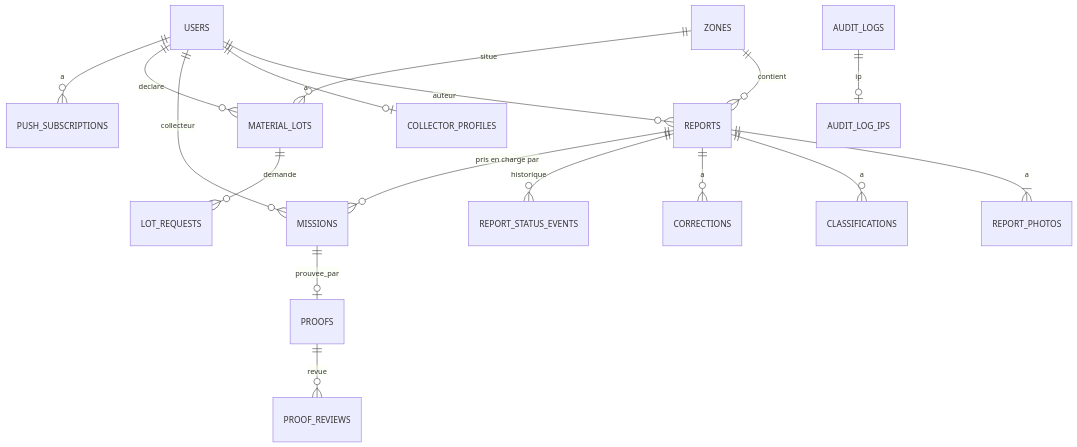
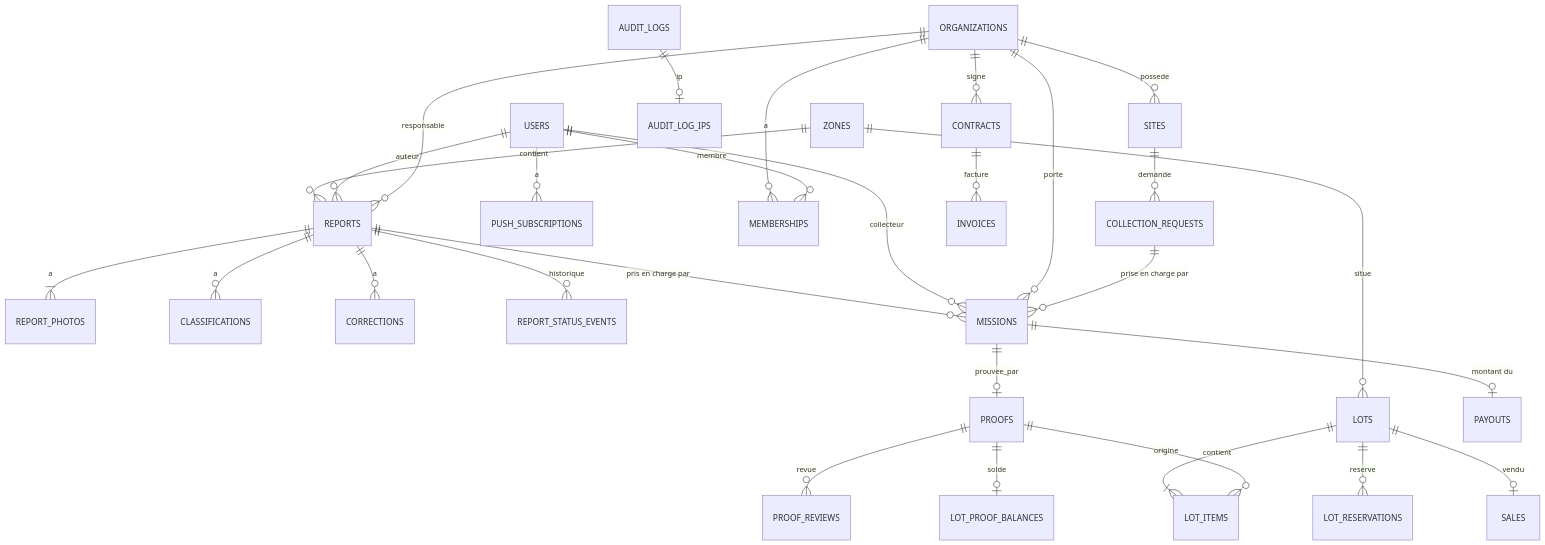
One commit to Maryam-SY/terangacycle-ai changed the fifth of 5 diagrams in _bmad-output/planning-artifacts/architecture/architecture-TerangaCycleAI-2026-11-23/ARCHITECTURE-SPINE.md. Above: the diagram before and after it, drawn with Mermaid. The commit also changed other lines of this file and 6 other files, not shown here.

````diff
--- a/_bmad-output/planning-artifacts/architecture/architecture-TerangaCycleAI-2026-11-23/ARCHITECTURE-SPINE.md
+++ b/_bmad-output/planning-artifacts/architecture/architecture-TerangaCycleAI-2026-11-23/ARCHITECTURE-SPINE.md
@@ -574,19 +691,31 @@
 ```mermaid
 erDiagram
   ZONES ||--o{ REPORTS : contient
   USERS ||--o{ REPORTS : auteur
   REPORTS ||--|{ REPORT_PHOTOS : a
   REPORTS ||--o{ CLASSIFICATIONS : a
   REPORTS ||--o{ CORRECTIONS : a
   REPORTS ||--o{ REPORT_STATUS_EVENTS : historique
   REPORTS ||--o{ MISSIONS : "pris en charge par"
-  USERS ||--o| COLLECTOR_PROFILES : a
   USERS ||--o{ MISSIONS : collecteur
   MISSIONS ||--o| PROOFS : prouvee_par
   PROOFS ||--o{ PROOF_REVIEWS : revue
-  USERS ||--o{ MATERIAL_LOTS : declare
-  ZONES ||--o{ MATERIAL_LOTS : situe
-  MATERIAL_LOTS ||--o{ LOT_REQUESTS : demande
+  ZONES ||--o{ LOTS : situe
   USERS ||--o{ PUSH_SUBSCRIPTIONS : a
   AUDIT_LOGS ||--o| AUDIT_LOG_IPS : ip
+  ORGANIZATIONS ||--o{ MEMBERSHIPS : a
+  USERS ||--o{ MEMBERSHIPS : membre
+  ORGANIZATIONS ||--o{ CONTRACTS : signe
+  ORGANIZATIONS ||--o{ REPORTS : responsable
+  ORGANIZATIONS ||--o{ MISSIONS : porte
+  ORGANIZATIONS ||--o{ SITES : possede
+  SITES ||--o{ COLLECTION_REQUESTS : demande
+  COLLECTION_REQUESTS ||--o{ MISSIONS : "prise en charge par"
+  CONTRACTS ||--o{ INVOICES : facture
+  MISSIONS ||--o| PAYOUTS : "montant du"
+  PROOFS ||--o| LOT_PROOF_BALANCES : solde
+  LOTS ||--|{ LOT_ITEMS : contient
+  PROOFS ||--o{ LOT_ITEMS : origine
+  LOTS ||--o{ LOT_RESERVATIONS : reserve
+  LOTS ||--o| SALES : vendu
 ```
````
